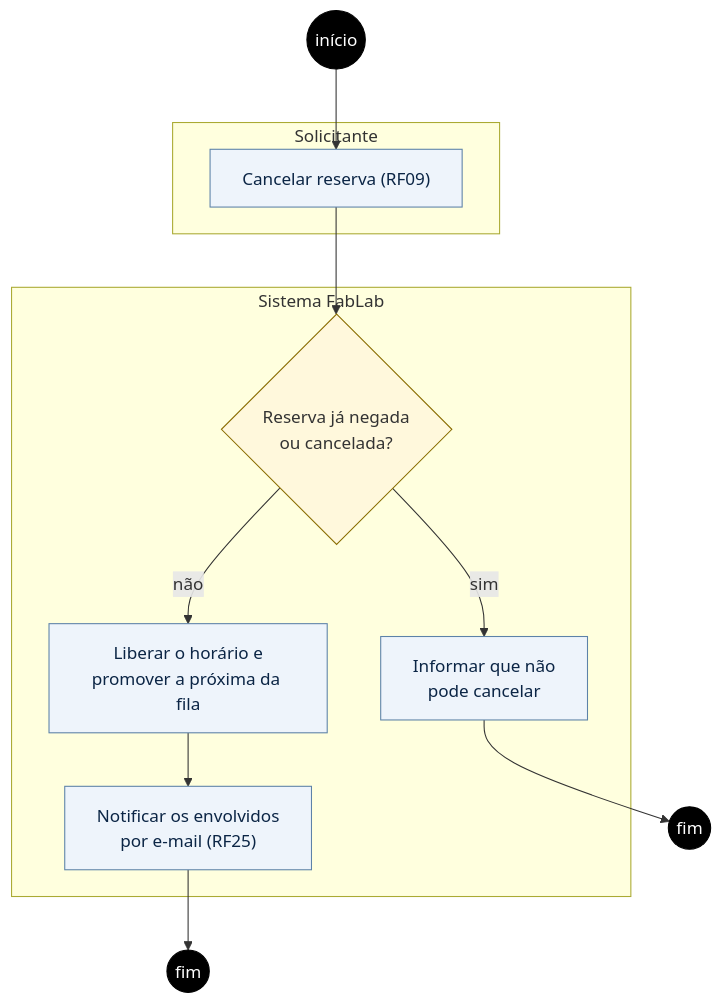
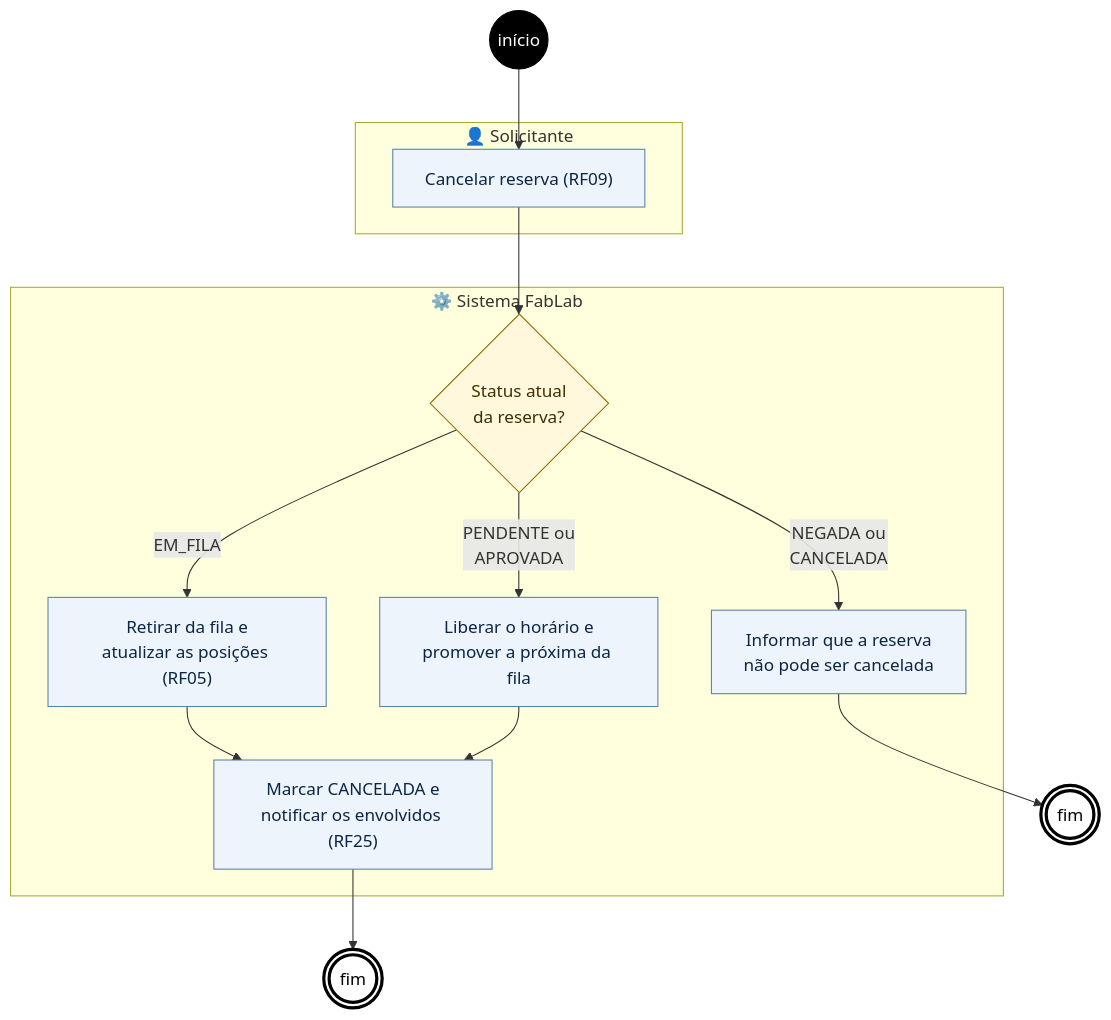
Before and after one commit to MateusM312/model-storming-fablab: the diagram in docs/architecture/atividade-cancelamento.mmd, drawn with Mermaid. The commit also changed 2 other files, not shown here.

Commit message:
adicionado diagrama do fluxo do outbox

```diff
--- a/docs/architecture/atividade-cancelamento.mmd
+++ b/docs/architecture/atividade-cancelamento.mmd
@@ -1,24 +1,29 @@
 flowchart TB
-    classDef decisao fill:#fff8dc,stroke:#8a6d00
+    %% Legenda: azul = ação | amarelo = decisão | preto = início | anel = fim
+    classDef acao fill:#eef4fb,stroke:#5d82a8,color:#0b2545
+    classDef decisao fill:#fff8dc,stroke:#8a6d00,color:#3d3000
     classDef inicio fill:#000,stroke:#000,color:#fff
-    classDef acao fill:#eef4fb,stroke:#5d82a8,color:#0b2545
+    classDef fim fill:#fff,stroke:#000,stroke-width:3px,color:#000
 
     INI(("início")):::inicio
 
-    subgraph SOL["Solicitante"]
+    subgraph SOL["👤 Solicitante"]
         C1["Cancelar reserva (RF09)"]:::acao
     end
 
-    subgraph SIS["Sistema FabLab"]
-        D1{"Reserva já negada<br/>ou cancelada?"}:::decisao
-        C2["Informar que não<br/>pode cancelar"]:::acao
-        C3["Liberar o horário e<br/>promover a próxima da fila"]:::acao
-        C4["Notificar os envolvidos<br/>por e-mail (RF25)"]:::acao
+    subgraph SIS["⚙️ Sistema FabLab"]
+        D1{"Status atual<br/>da reserva?"}:::decisao
+        C2["Informar que a reserva<br/>não pode ser cancelada"]:::acao
+        C3["Retirar da fila e<br/>atualizar as posições (RF05)"]:::acao
+        C4["Liberar o horário e<br/>promover a próxima da fila"]:::acao
+        C5["Marcar CANCELADA e<br/>notificar os envolvidos (RF25)"]:::acao
     end
 
-    FIM1(("fim")):::inicio
-    FIM2(("fim")):::inicio
+    FIM1((("fim"))):::fim
+    FIM2((("fim"))):::fim
 
     INI --> C1 --> D1
-    D1 -- sim --> C2 --> FIM1
-    D1 -- não --> C3 --> C4 --> FIM2
+    D1 -- "NEGADA ou<br/>CANCELADA" --> C2 --> FIM1
+    D1 -- "EM_FILA" --> C3 --> C5
+    D1 -- "PENDENTE ou<br/>APROVADA" --> C4 --> C5
+    C5 --> FIM2
```
